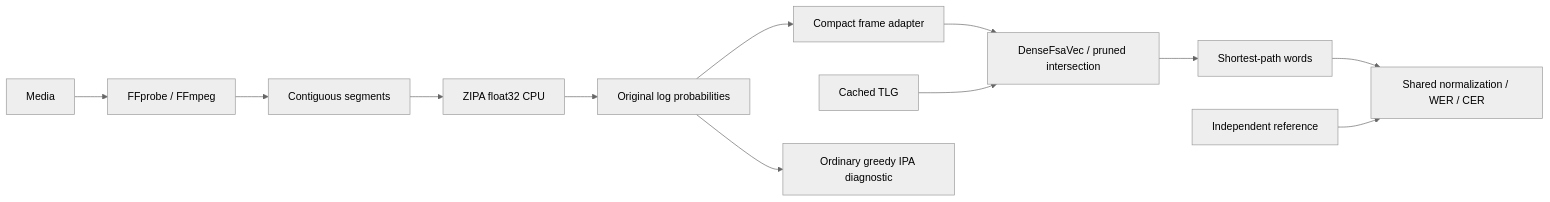
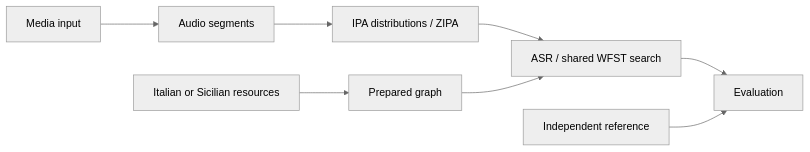
The diagram in docs/architecture.md (stephen3033/sicilian-asr), drawn with Mermaid (neutral theme) before and after one commit. The commit also changed other lines of this file and 234 other files, not shown here.

Commit message:
feat: updated pipeline for a layered architecture and added a SIcilian LM and pipeline for an initial POC

````diff
--- a/docs/architecture.md
+++ b/docs/architecture.md
@@ -5,14 +5,10 @@
 ```mermaid
 flowchart LR
-  A[Media] --> B[FFprobe / FFmpeg]
-  B --> C[Contiguous segments]
-  C --> D[ZIPA float32 CPU]
-  D --> E[Original log probabilities]
-  E --> F[Compact frame adapter]
-  F --> H[DenseFsaVec / pruned intersection]
-  G[Cached TLG] --> H
-  H --> I[Shortest-path words]
-  I --> J[Shared normalization / WER / CER]
-  R[Independent reference] --> J
-  E --> K[Ordinary greedy IPA diagnostic]
+  M[Media input] --> A[Audio segments]
+  A --> I[IPA distributions / ZIPA]
+  I --> W[ASR / shared WFST search]
+  L[Italian or Sicilian resources] --> G[Prepared graph]
+  G --> W
+  W --> E[Evaluation]
+  R[Independent reference] --> E
 ```
````
